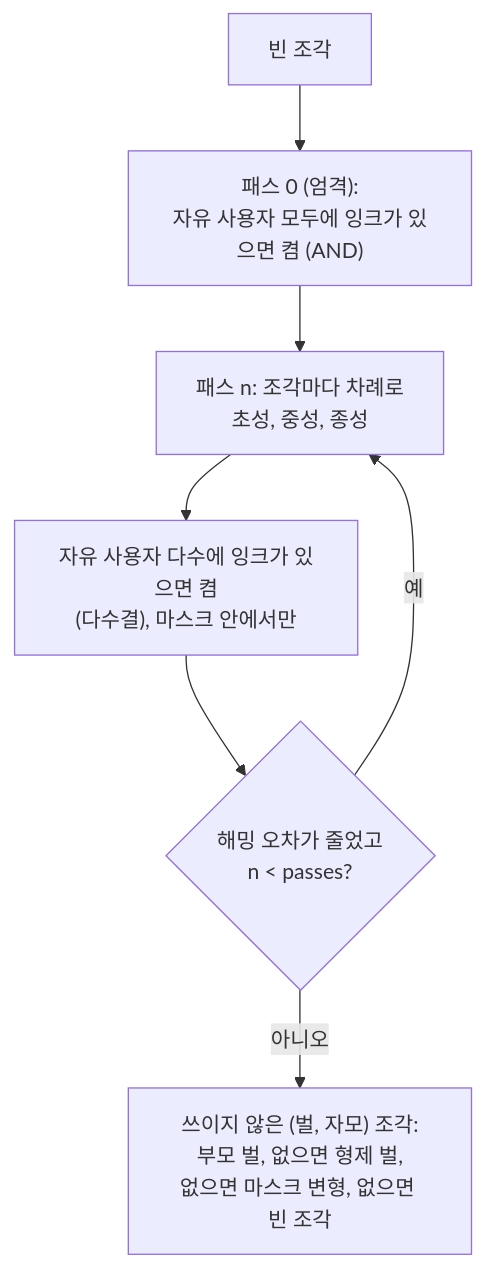
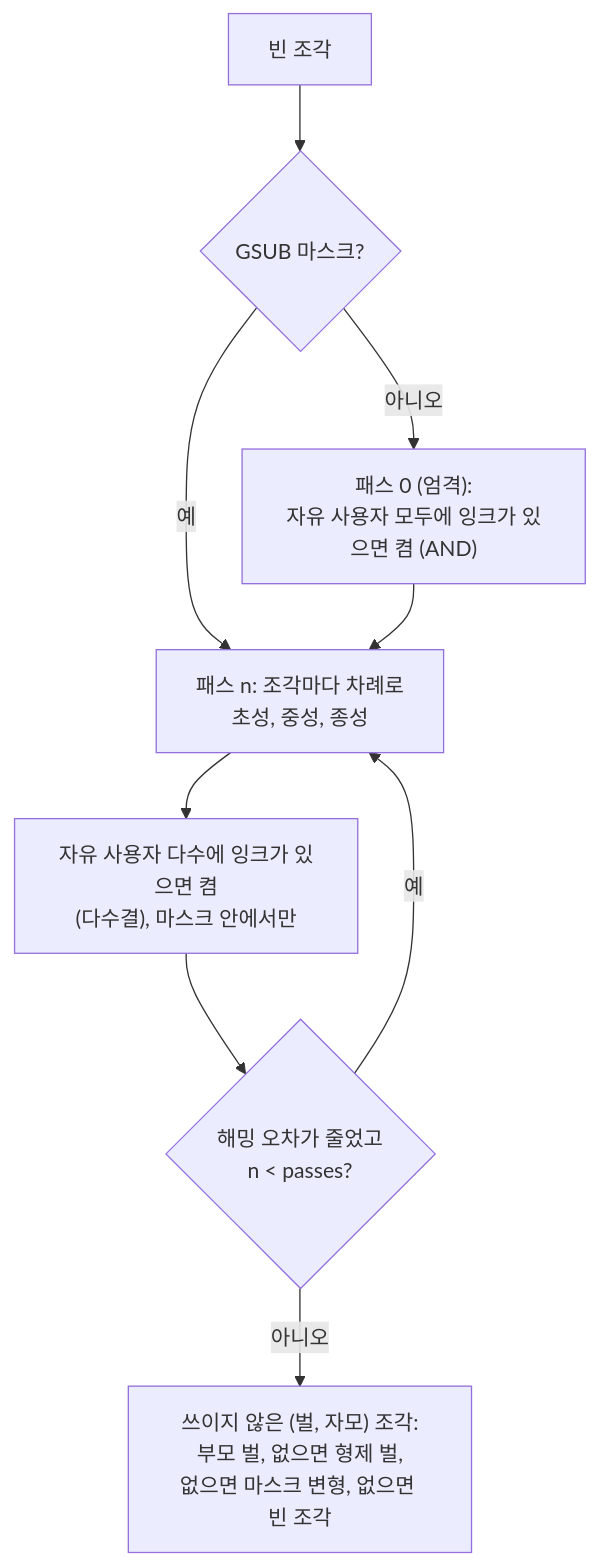
One commit to TaehyunKimLL/svf-fonts-open changed the third of 5 diagrams in docs/jamo-split.ko.md. Above: the diagram before and after it, drawn with Mermaid. The commit also changed other lines of this file and 3 other files, not shown here.

````diff
--- a/docs/jamo-split.ko.md
+++ b/docs/jamo-split.ko.md
@@ -173,9 +186,11 @@
 ```mermaid
 flowchart TD
-  I["빈 조각"] --> S["패스 0 (엄격):<br/>자유 사용자 모두에 잉크가 있으면 켬 (AND)"]
+  I["빈 조각"] --> G{"GSUB 마스크?"}
+  G -->|아니오| S["패스 0 (엄격):<br/>자유 사용자 모두에 잉크가 있으면 켬 (AND)"]
+  G -->|예| L
   S --> L["패스 n: 조각마다 차례로<br/>초성, 중성, 종성"]
   L --> V["자유 사용자 다수에 잉크가 있으면 켬<br/>(다수결), 마스크 안에서만"]
   V --> E{"해밍 오차가 줄었고<br/>n < passes?"}
   E -->|예| L
   E -->|아니오| U["쓰이지 않은 (벌, 자모) 조각:<br/>부모 벌, 없으면 형제 벌,<br/>없으면 마스크 변형, 없으면 빈 조각"]
 ```
````
